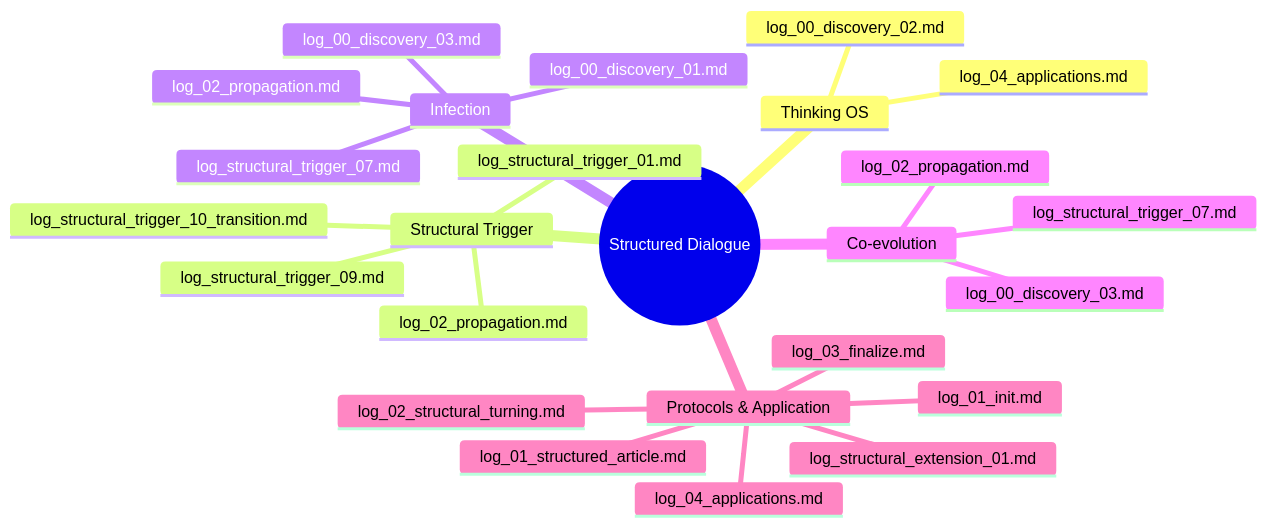
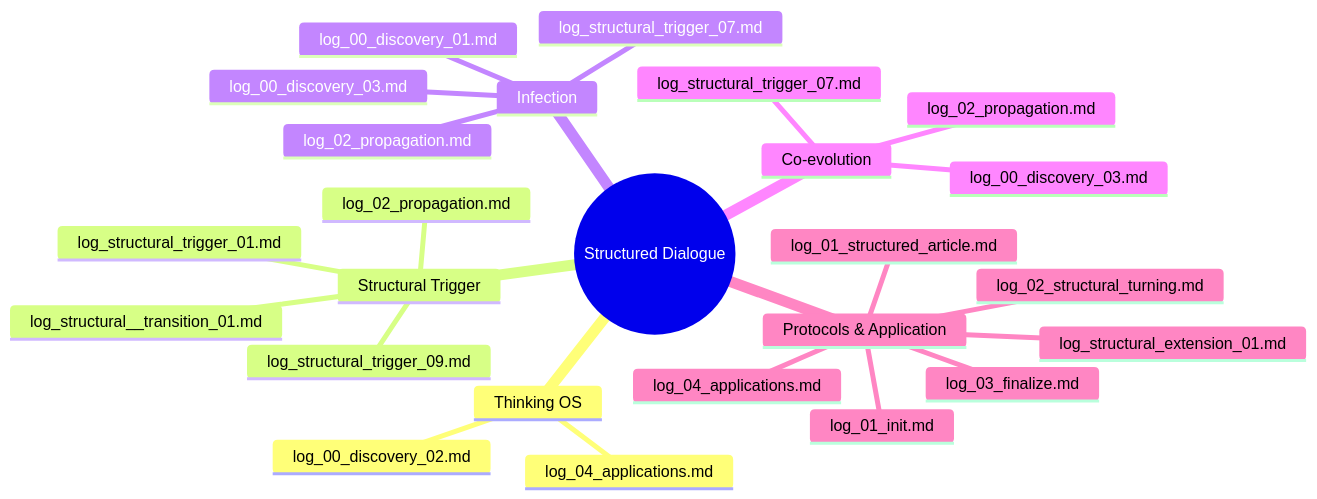
Before and after one commit to dvcampanula/structured-dialogue: the diagram in logs/log_index.md, drawn with Mermaid. The commit also changed other lines of this file, not shown here.

Commit message:
表記ブレ修正

````diff
--- a/logs/log_index.md
+++ b/logs/log_index.md
@@ -7,28 +7,28 @@
 ```mermaid
 mindmap
   root((Structured Dialogue))
     Thinking OS
       log_00_discovery_02.md
       log_04_applications.md
     Structural Trigger
       log_structural_trigger_01.md
       log_structural_trigger_09.md
-      log_structural_trigger_10_transition.md
+      log_structural__transition_01.md
       log_02_propagation.md
     Infection
       log_00_discovery_01.md
       log_00_discovery_03.md
       log_02_propagation.md
       log_structural_trigger_07.md
     Co-evolution
       log_00_discovery_03.md
       log_02_propagation.md
       log_structural_trigger_07.md
     Protocols & Application
       log_01_init.md
       log_01_structured_article.md
       log_02_structural_turning.md
       log_03_finalize.md
       log_04_applications.md
       log_structural_extension_01.md
 ```
````
